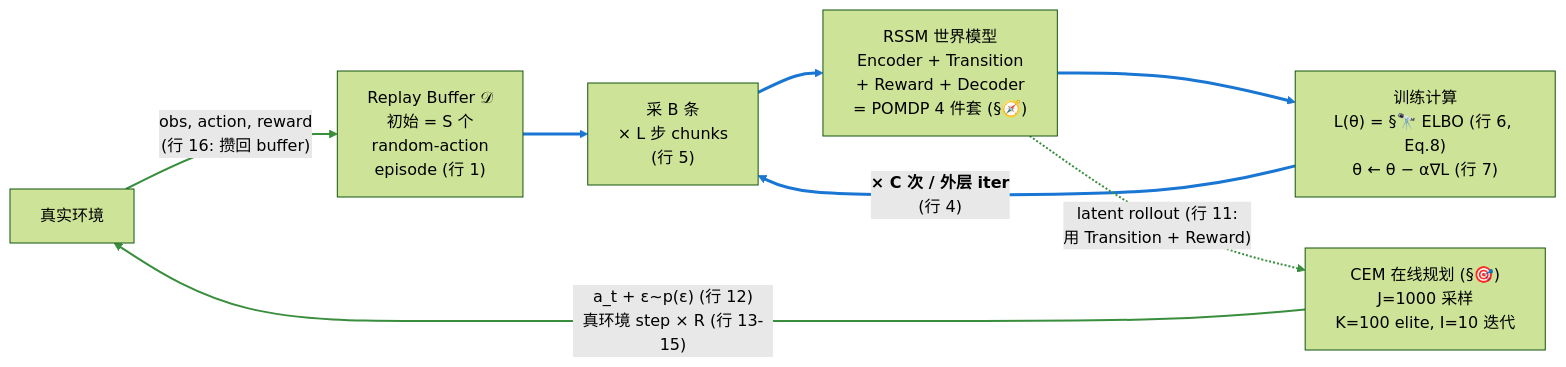
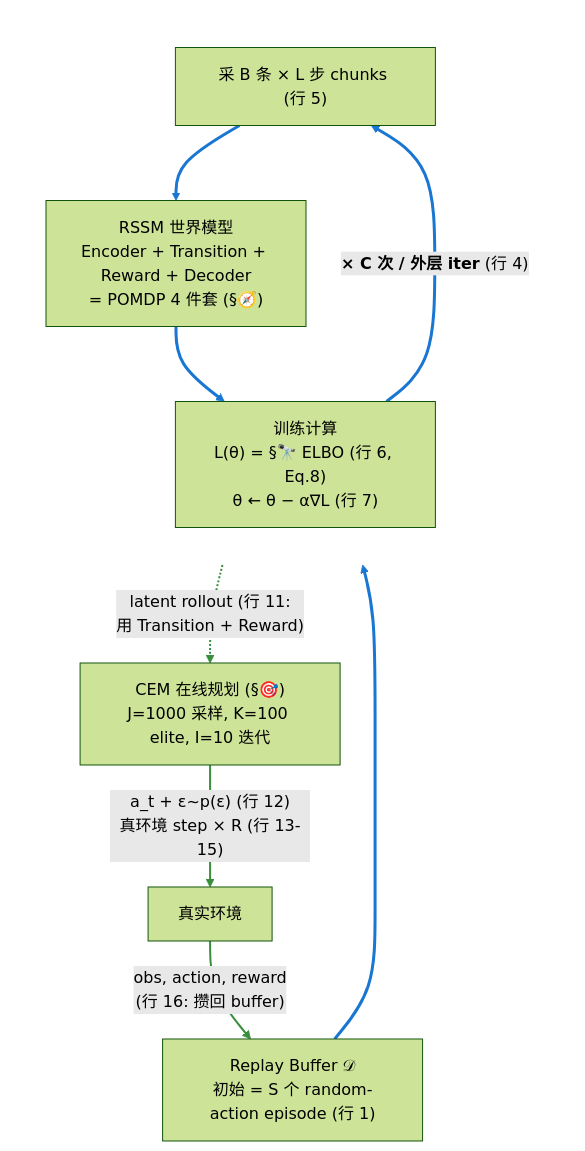
Before and after one commit to jinxinzhou/world-model-study: the seventh of 7 diagrams in World-Model-学习笔记.md, drawn with Mermaid (forest theme). The commit also changed other lines of this file and 1 other file, not shown here.

Commit message:
docs: revert bird's-eye mermaid to vertical TD, bump image to 780px

````diff
--- a/World-Model-学习笔记.md
+++ b/World-Model-学习笔记.md
@@ -2154,25 +2154,32 @@
 ```mermaid
-flowchart LR
+flowchart TD
     Env["真实环境"]
-    Buffer["Replay Buffer 𝒟<br/>初始 = S 个<br/>random-action<br/>episode (行 1)"]
-    Sample["采 B 条<br/>× L 步 chunks<br/>(行 5)"]
-    RSSM["RSSM 世界模型<br/>Encoder + Transition<br/>+ Reward + Decoder<br/>= POMDP 4 件套 (§🧭)"]
-    Train["训练计算<br/>L(θ) = §🔭 ELBO (行 6, Eq.8)<br/>θ ← θ − α∇L (行 7)"]
-    CEM["CEM 在线规划 (§🎯)<br/>J=1000 采样<br/>K=100 elite, I=10 迭代"]
+    Buffer["Replay Buffer 𝒟<br/>初始 = S 个 random-action episode (行 1)"]
+
+    subgraph A_phase [" "]
+        direction TB
+        Sample["采 B 条 × L 步 chunks (行 5)"]
+        RSSM["RSSM 世界模型<br/>Encoder + Transition + Reward + Decoder<br/>= POMDP 4 件套 (§🧭)"]
+        Train["训练计算<br/>L(θ) = §🔭 ELBO (行 6, Eq.8)<br/>θ ← θ − α∇L (行 7)"]
+        Train -->|"<b>× C 次 / 外层 iter</b> (行 4)"| Sample
+        Sample --> RSSM
+        RSSM --> Train
+    end
+
+    CEM["CEM 在线规划 (§🎯)<br/>J=1000 采样, K=100 elite, I=10 迭代"]
 
     Env -->|"obs, action, reward<br/>(行 16: 攒回 buffer)"| Buffer
     Buffer --> Sample
-    Sample --> RSSM
-    RSSM --> Train
-    Train -->|"<b>× C 次 / 外层 iter</b><br/>(行 4)"| Sample
     RSSM -.->|"latent rollout (行 11:<br/>用 Transition + Reward)"| CEM
     CEM -->|"a_t + ε~p(ε) (行 12)<br/>真环境 step × R (行 13-15)"| Env
 
-    linkStyle 0 stroke:#388e3c,stroke-width:2px
+    style A_phase fill:transparent,stroke:transparent
+
+    linkStyle 0 stroke:#1976d2,stroke-width:3px
     linkStyle 1 stroke:#1976d2,stroke-width:3px
     linkStyle 2 stroke:#1976d2,stroke-width:3px
-    linkStyle 3 stroke:#1976d2,stroke-width:3px
+    linkStyle 3 stroke:#388e3c,stroke-width:2px
     linkStyle 4 stroke:#1976d2,stroke-width:3px
     linkStyle 5 stroke:#388e3c,stroke-width:2px
     linkStyle 6 stroke:#388e3c,stroke-width:2px
 ```
````
